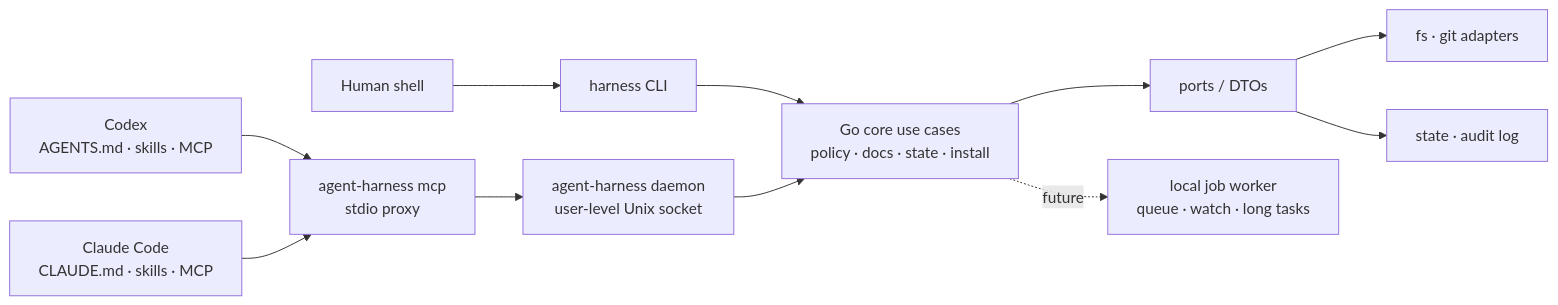
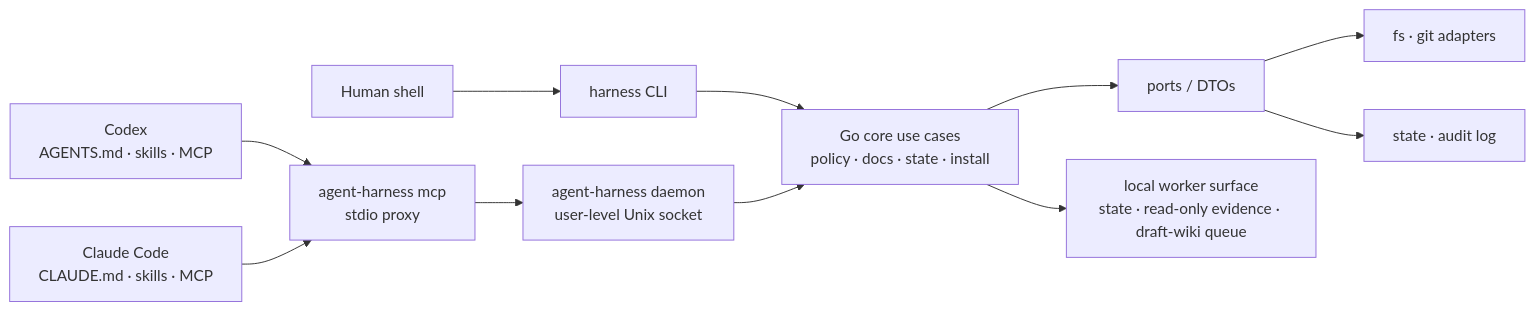
One commit to m16khb-org/agent-harness changed the second of 2 diagrams in README.md. Above: the diagram before and after it, drawn with Mermaid. The commit also changed other lines of this file, not shown here.

````diff
--- a/README.md
+++ b/README.md
@@ -346,14 +362,14 @@
 ```mermaid
 flowchart LR
     Codex[Codex\nAGENTS.md · skills · MCP] --> MCP[agent-harness mcp\nstdio proxy]
     Claude[Claude Code\nCLAUDE.md · skills · MCP] --> MCP
     Human[Human shell] --> CLI[harness CLI]
 
     MCP --> Daemon[agent-harness daemon\nuser-level Unix socket]
     CLI --> Core[Go core use cases\npolicy · docs · state · install]
     Daemon --> Core
     Core --> Ports[ports / DTOs]
     Ports --> FS[fs · git adapters]
     Ports --> State[state · audit log]
-    Core -. future .-> Worker[local job worker\nqueue · watch · long tasks]
+    Core --> Worker[local worker surface\nstate · read-only evidence · draft-wiki queue]
 ```
````
